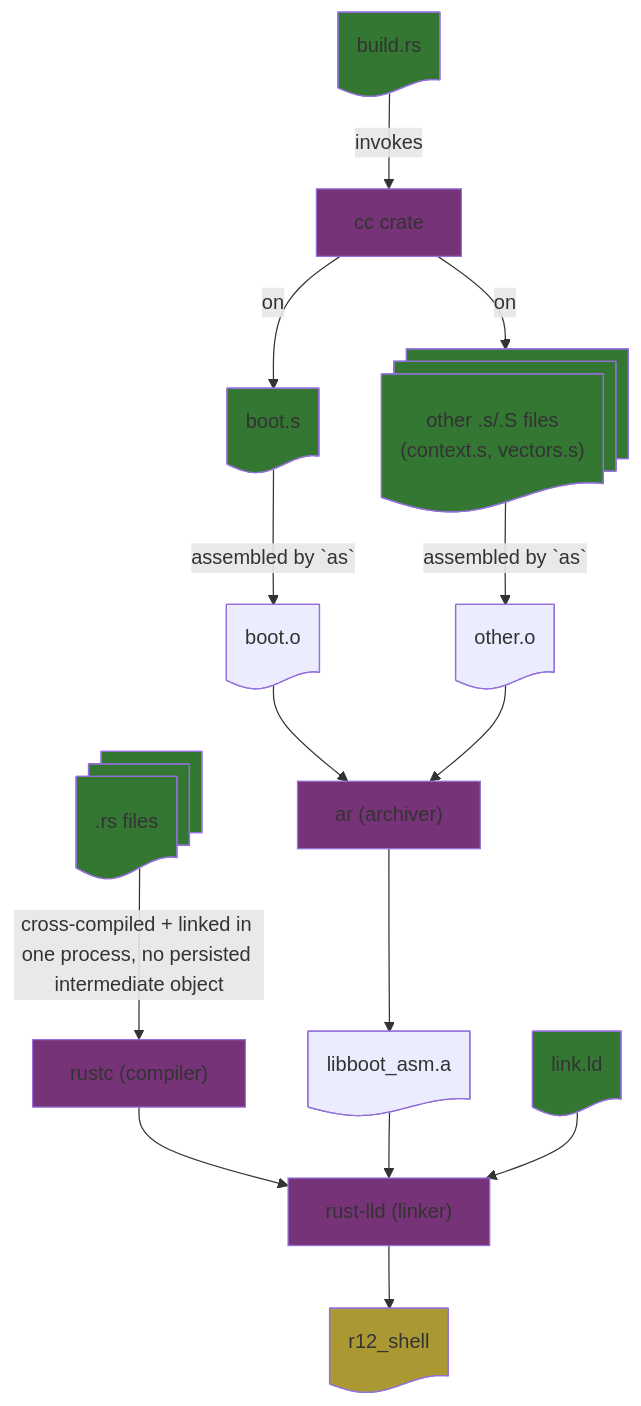
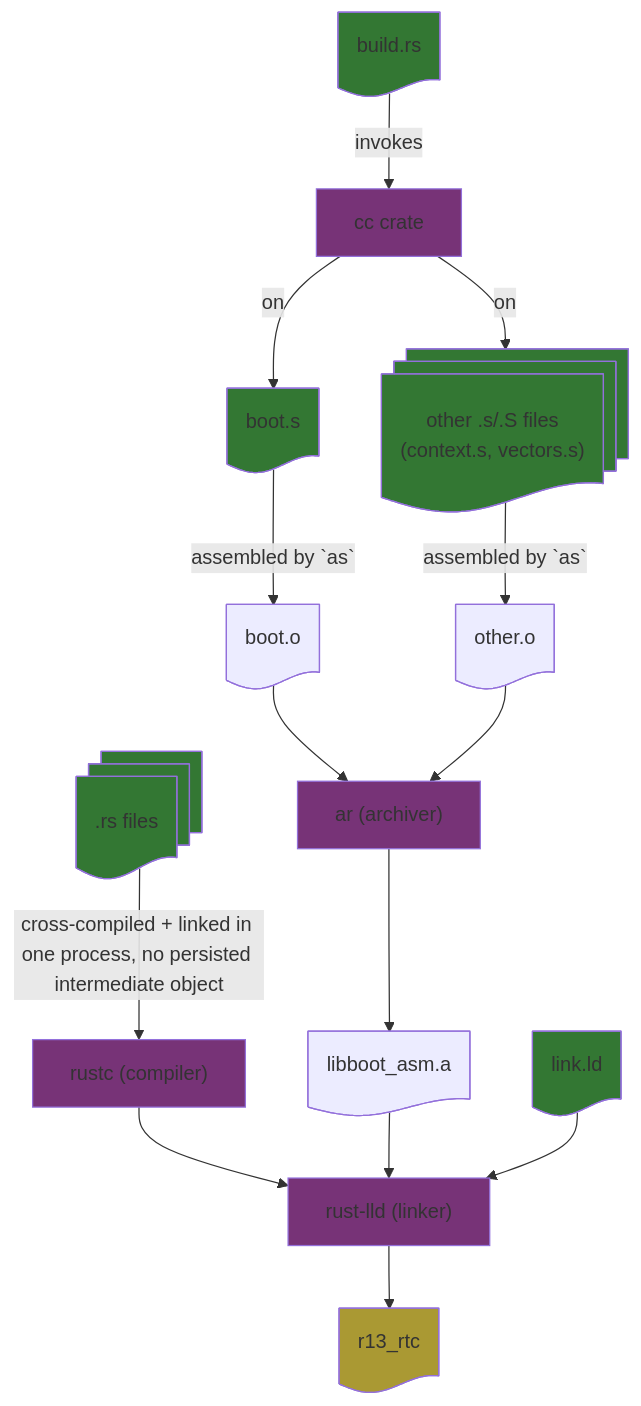
The diagram in rust/docs/build_sequence.md (yinchi/qemu_lab), drawn with Mermaid before and after one commit. The commit also changed other lines of this file and 142 other files, not shown here.

````diff
--- a/rust/docs/build_sequence.md
+++ b/rust/docs/build_sequence.md
@@ -3,45 +3,45 @@
 ```mermaid
 graph TD;
     cc@{shape: proc, label: "cc crate"}
     ar@{shape: proc, label: "ar (archiver)"}
     rust-lld@{shape: proc, label: "rust-lld (linker)"}
     rustc@{shape: proc, label: "rustc (compiler)"}
 
     style cc fill:#737
     style ar fill:#737
     style rust-lld fill:#737
     style rustc fill:#737
 
     build.rs@{shape: doc}
     style build.rs fill:#373
 
     boot.s@{shape: doc}
     other.S@{shape: docs, label: "other .s/.S files<br/>(context.s, vectors.s)"}
     style boot.s fill:#373
     style other.S fill:#373
 
     boot.o@{shape: doc}
     other.o@{shape: doc}
     libboot_asm.a@{shape: doc}
     main.rs@{shape: docs, label: ".rs files"}
     style main.rs fill:#373
     link.ld@{shape: doc}
     style link.ld fill:#373
-    r12_shell@{shape: doc}
-    style r12_shell fill:#a93
+    r13_rtc@{shape: doc}
+    style r13_rtc fill:#a93
 
     build.rs -- "invokes" --> cc -- "on" --> boot.s
     cc -- "on" --> other.S
 
     boot.s -- assembled by `as` --> boot.o
     other.S -- assembled by `as` --> other.o
 
     boot.o --> ar
     other.o --> ar --> libboot_asm.a
 
     main.rs -- "cross-compiled + linked in one process, no persisted intermediate object" --> rustc --> rust-lld
     libboot_asm.a --> rust-lld
     link.ld --> rust-lld
 
-    rust-lld --> r12_shell
+    rust-lld --> r13_rtc
 ```
````
